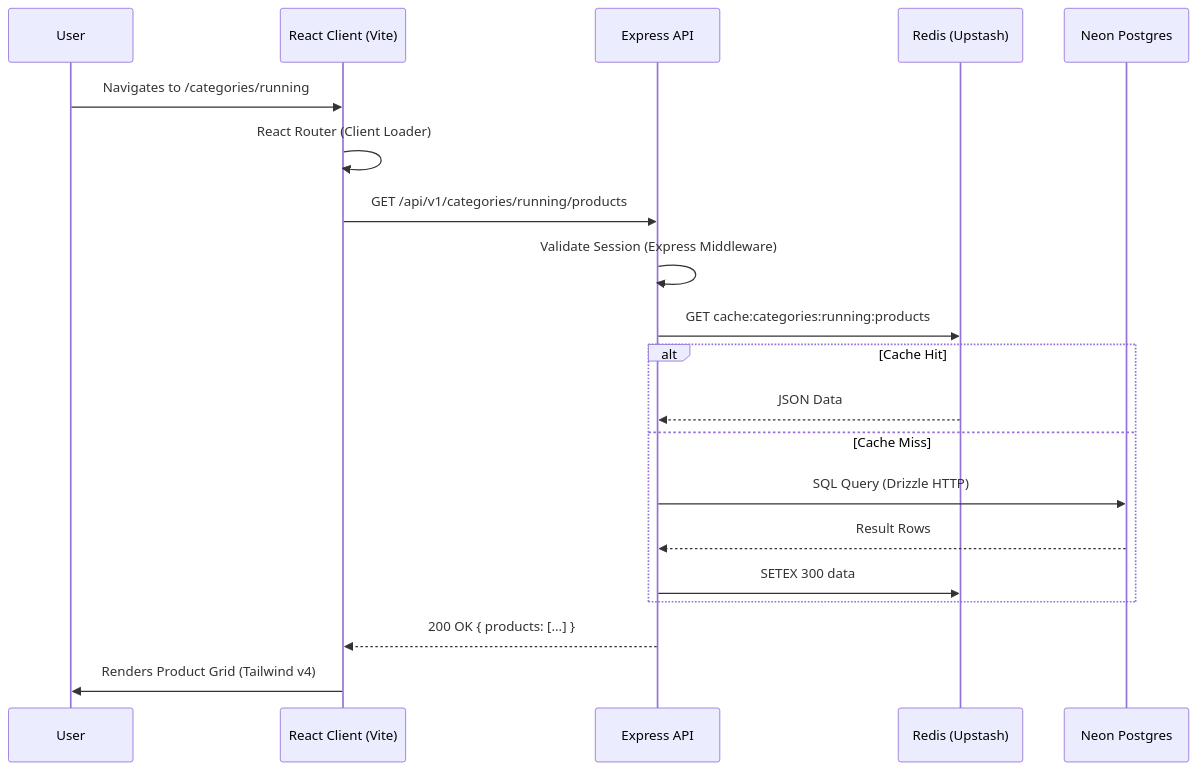
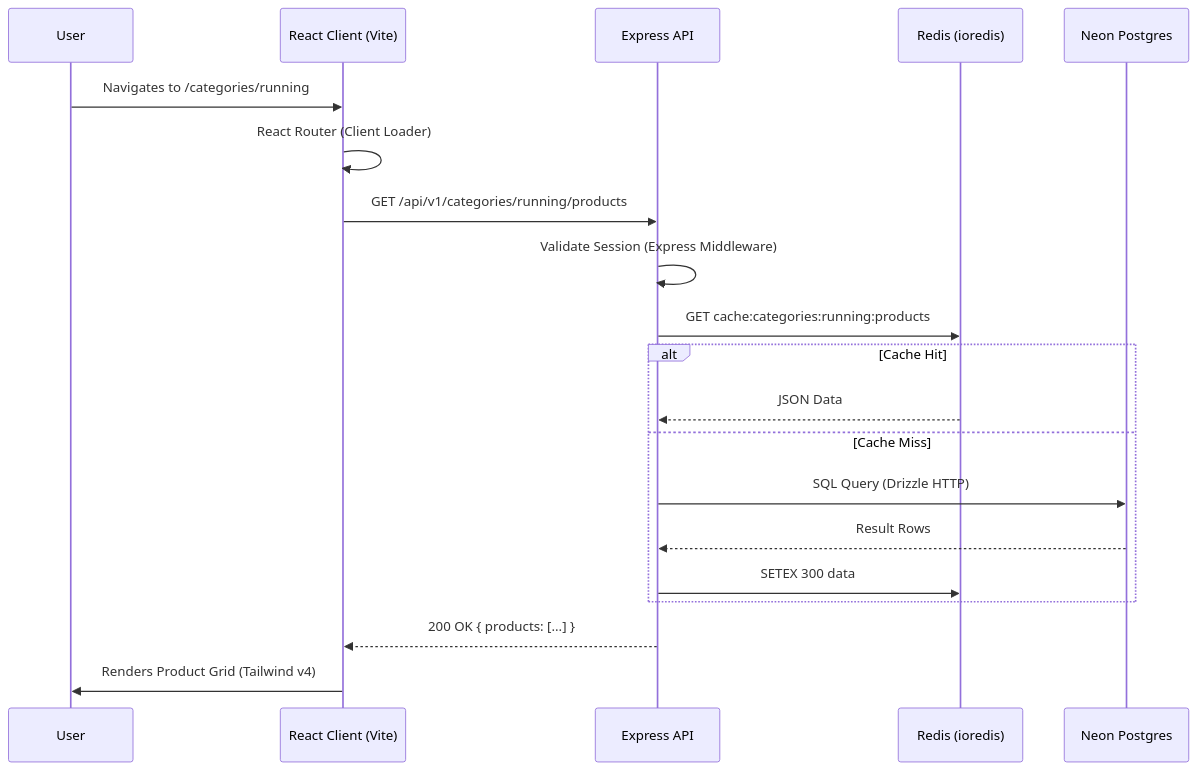
The third of 4 diagrams in docs/core/architecture.md (hateem2121/RUN), drawn with Mermaid before and after one commit. The commit also changed other lines of this file and 66 other files, not shown here.

````diff
--- a/docs/core/architecture.md
+++ b/docs/core/architecture.md
@@ -109,26 +111,26 @@
 ```mermaid
 sequenceDiagram
     participant User
     participant Client as React Client (Vite)
     participant API as Express API
-    participant Cache as Redis (Upstash)
+    participant Cache as Redis (ioredis)
     participant DB as Neon Postgres
 
     User->>Client: Navigates to /categories/running
     Client->>Client: React Router (Client Loader)
     Client->>API: GET /api/v1/categories/running/products
     
     API->>API: Validate Session (Express Middleware)
     
     API->>Cache: GET cache:categories:running:products
     alt Cache Hit
         Cache-->>API: JSON Data
     else Cache Miss
         API->>DB: SQL Query (Drizzle HTTP)
         DB-->>API: Result Rows
         API->>Cache: SETEX 300 data
     end
 
     API-->>Client: 200 OK { products: [...] }
     Client->>User: Renders Product Grid (Tailwind v4)
 ```
````
